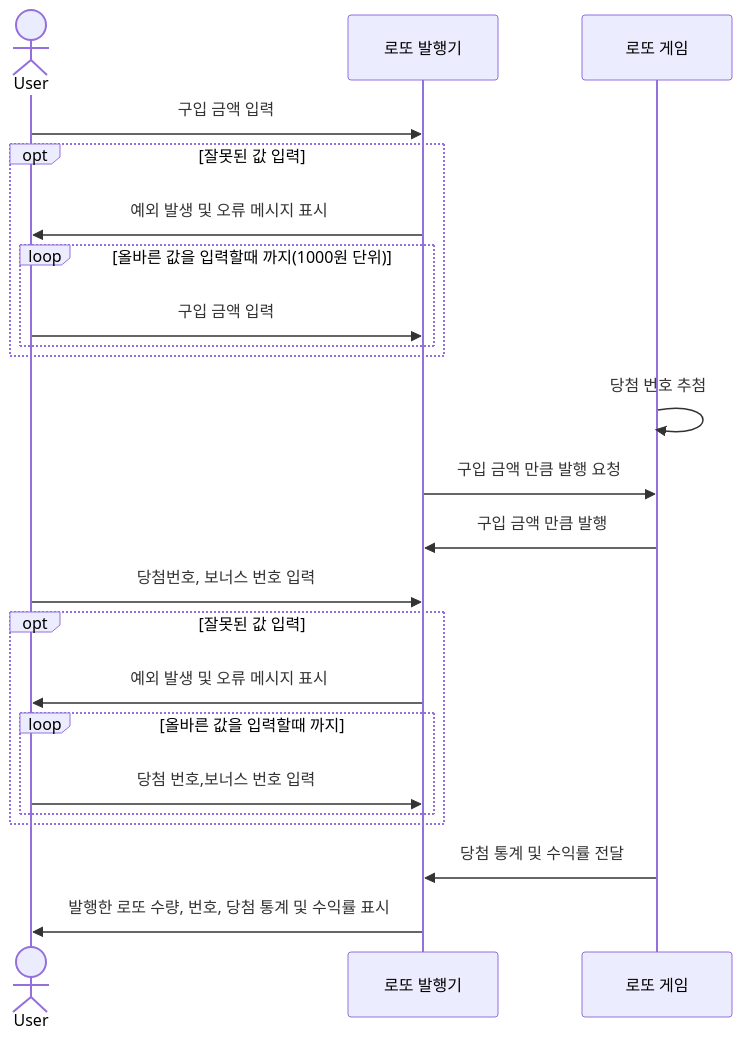
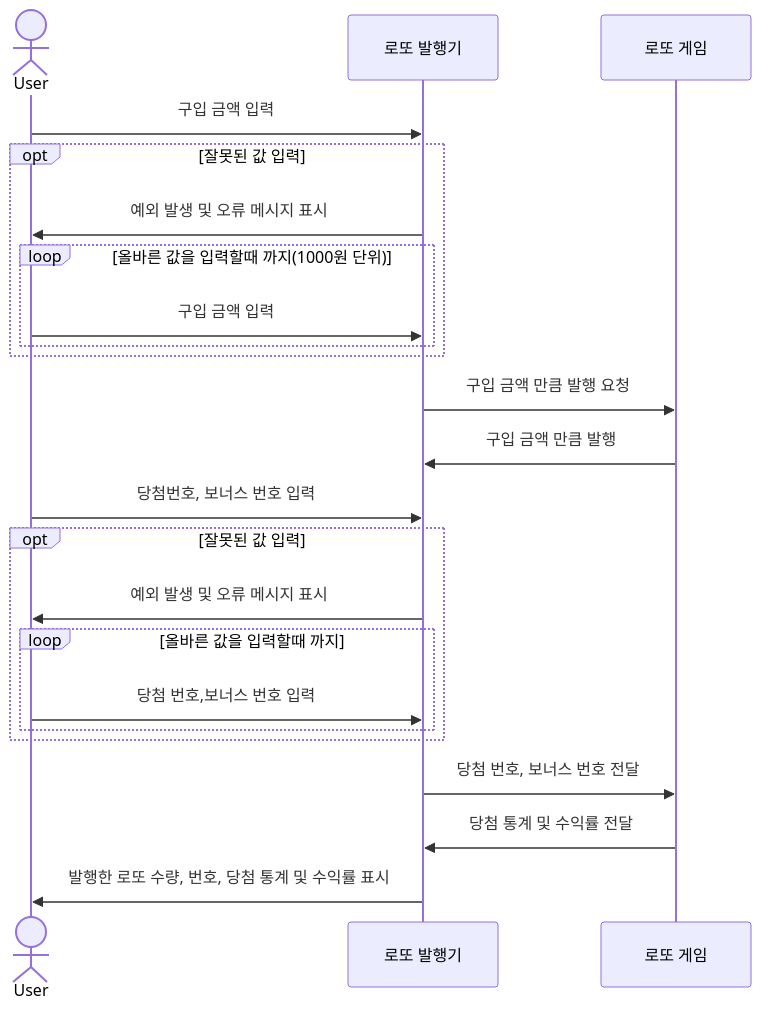
One commit to malamd/java-lotto-8 changed the first of 2 diagrams in README.md. Above: the diagram before and after it, drawn with Mermaid. The commit also changed 3 other files, not shown here.

````diff
--- a/README.md
+++ b/README.md
@@ -34,26 +34,26 @@
 ```mermaid
 sequenceDiagram
 actor User
 participant 로또 발행기
 participant 로또 게임
 
 User ->> 로또 발행기: 구입 금액 입력  
 opt 잘못된 값 입력
     로또 발행기->>User: 예외 발생 및 오류 메시지 표시
     loop 올바른 값을 입력할때 까지(1000원 단위)
         User->> 로또 발행기: 구입 금액 입력 
     end
-end 
-로또 게임 ->> 로또 게임 : 당첨 번호 추첨
+end
 로또 발행기 ->> 로또 게임: 구입 금액 만큼 발행 요청
 로또 게임 ->> 로또 발행기: 구입 금액 만큼 발행
 User ->> 로또 발행기: 당첨번호, 보너스 번호 입력
 opt 잘못된 값 입력
     로또 발행기->>User: 예외 발생 및 오류 메시지 표시
         loop 올바른 값을 입력할때 까지
         User->> 로또 발행기: 당첨 번호,보너스 번호 입력
     end
 end 
+로또 발행기 ->> 로또 게임: 당첨 번호, 보너스 번호 전달
 로또 게임 ->> 로또 발행기: 당첨 통계 및 수익률 전달 
 로또 발행기 ->> User: 발행한 로또 수량, 번호, 당첨 통계 및 수익률 표시 
 ```
````
